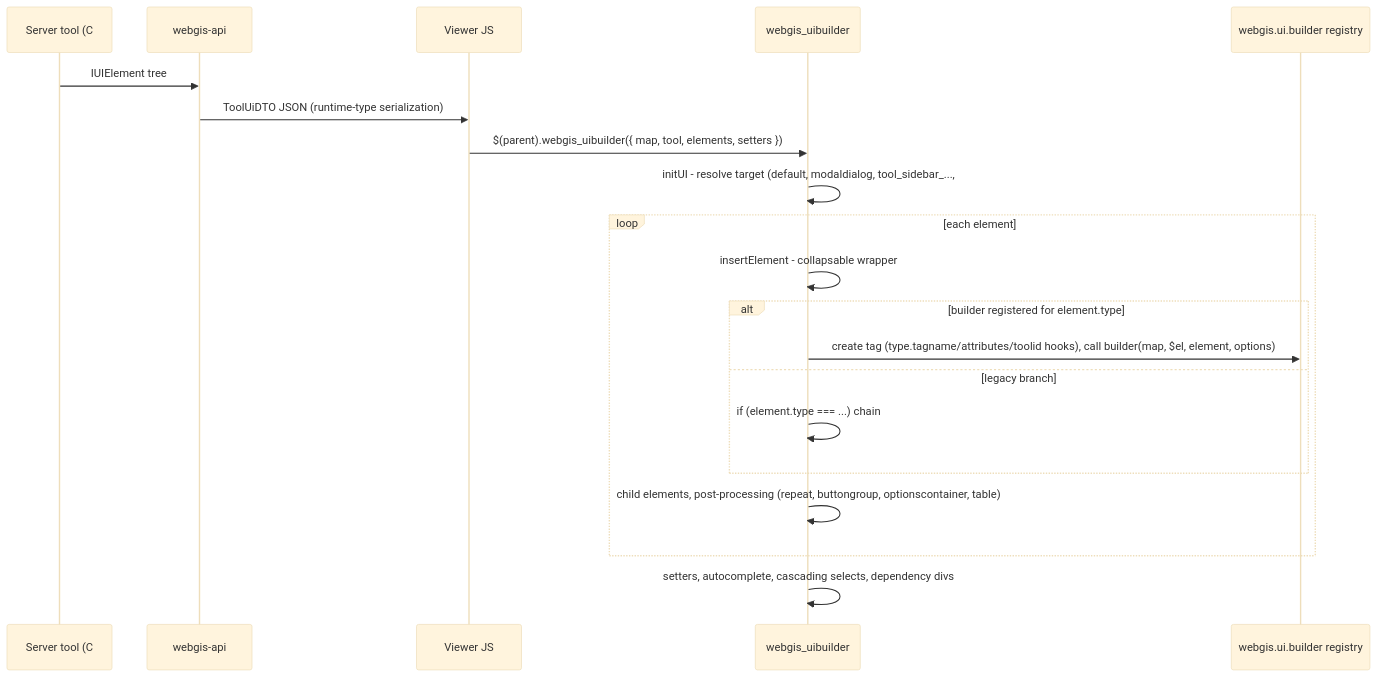
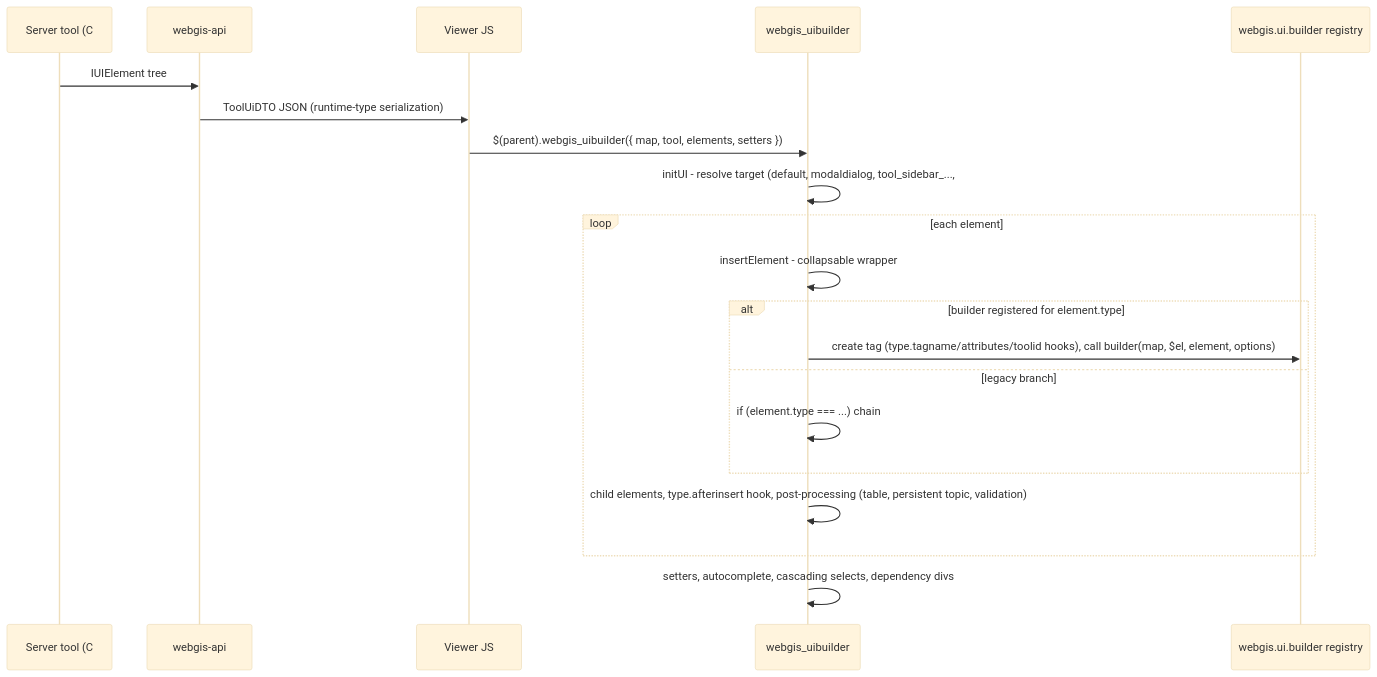
Before and after one commit to e-netze/webgis: the first of 2 diagrams in docs/architecture/ui-builder.md, drawn with Mermaid (base theme). The commit also changed other lines of this file and 130 other files, not shown here.

````diff
--- a/docs/architecture/ui-builder.md
+++ b/docs/architecture/ui-builder.md
@@ -46,23 +48,23 @@
 ```mermaid
 sequenceDiagram
     participant Tool as Server tool (C#)
     participant Api as webgis-api
     participant Viewer as Viewer JS
     participant UIB as webgis_uibuilder
     participant Reg as webgis.ui.builder registry
 
     Tool->>Api: IUIElement tree
     Api->>Viewer: ToolUiDTO JSON (runtime-type serialization)
     Viewer->>UIB: $(parent).webgis_uibuilder({ map, tool, elements, setters })
     UIB->>UIB: initUI - resolve target (default, modaldialog, tool_sidebar_..., #id)
     loop each element
         UIB->>UIB: insertElement - collapsable wrapper
         alt builder registered for element.type
             UIB->>Reg: create tag (type.tagname/attributes/toolid hooks), call builder(map, $el, element, options)
         else legacy branch
             UIB->>UIB: if (element.type === ...) chain
         end
-        UIB->>UIB: child elements, post-processing (repeat, buttongroup, optionscontainer, table)
+        UIB->>UIB: child elements, type.afterinsert hook, post-processing (table, persistent topic, validation)
     end
     UIB->>UIB: setters, autocomplete, cascading selects, dependency divs
 ```
````
